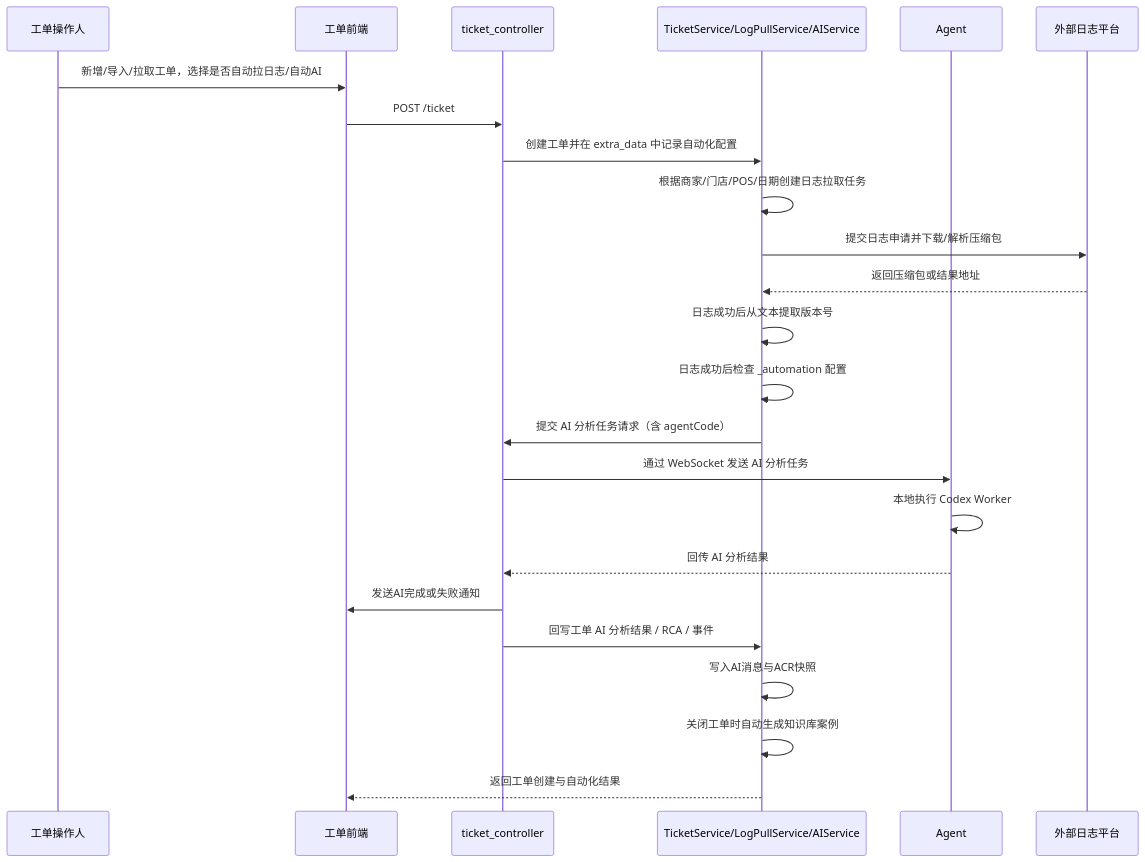
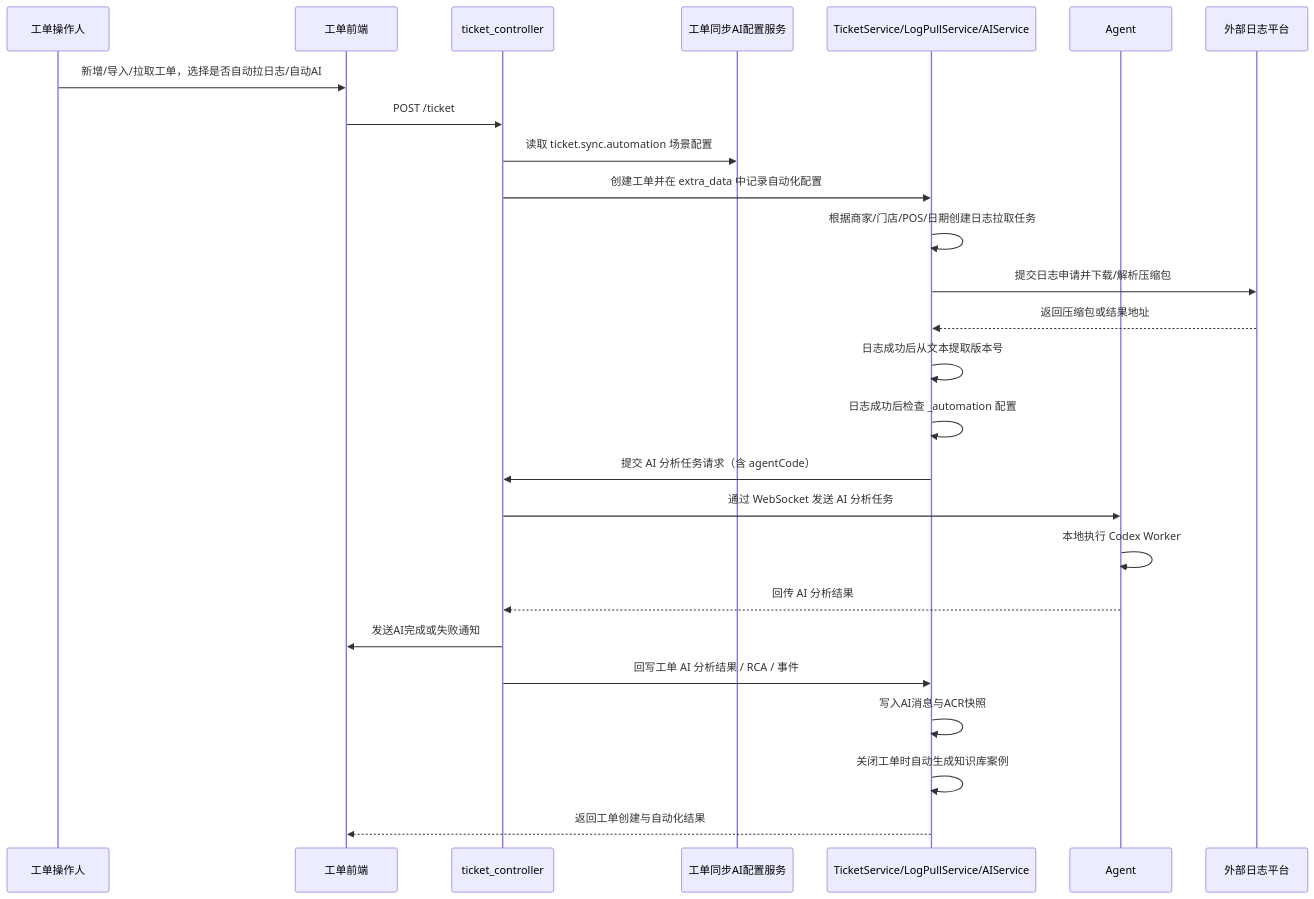
The diagram in wiki/flows/ticket-automation-flow.md (diaodeng/ApiTestPlatform), drawn with Mermaid before and after one commit. The commit also changed other lines of this file and 21 other files, not shown here.

````diff
--- a/wiki/flows/ticket-automation-flow.md
+++ b/wiki/flows/ticket-automation-flow.md
@@ -26,27 +26,29 @@
 ```mermaid
 sequenceDiagram
   participant U as 工单操作人
   participant W as 工单前端
   participant C as ticket_controller
+  participant CFG as 工单同步AI配置服务
   participant S as TicketService/LogPullService/AIService
   participant A as Agent
   participant X as 外部日志平台
 
   U->>W: 新增/导入/拉取工单，选择是否自动拉日志/自动AI
   W->>C: POST /ticket
+  C->>CFG: 读取 ticket.sync.automation 场景配置
   C->>S: 创建工单并在 extra_data 中记录自动化配置
   S->>S: 根据商家/门店/POS/日期创建日志拉取任务
   S->>X: 提交日志申请并下载/解析压缩包
   X-->>S: 返回压缩包或结果地址
   S->>S: 日志成功后从文本提取版本号
   S->>S: 日志成功后检查 _automation 配置
   S->>C: 提交 AI 分析任务请求（含 agentCode）
   C->>A: 通过 WebSocket 发送 AI 分析任务
   A->>A: 本地执行 Codex Worker
   A-->>C: 回传 AI 分析结果
   C->>W: 发送AI完成或失败通知
   C->>S: 回写工单 AI 分析结果 / RCA / 事件
   S->>S: 写入AI消息与ACR快照
   S->>S: 关闭工单时自动生成知识库案例
   S-->>W: 返回工单创建与自动化结果
 ```
````
